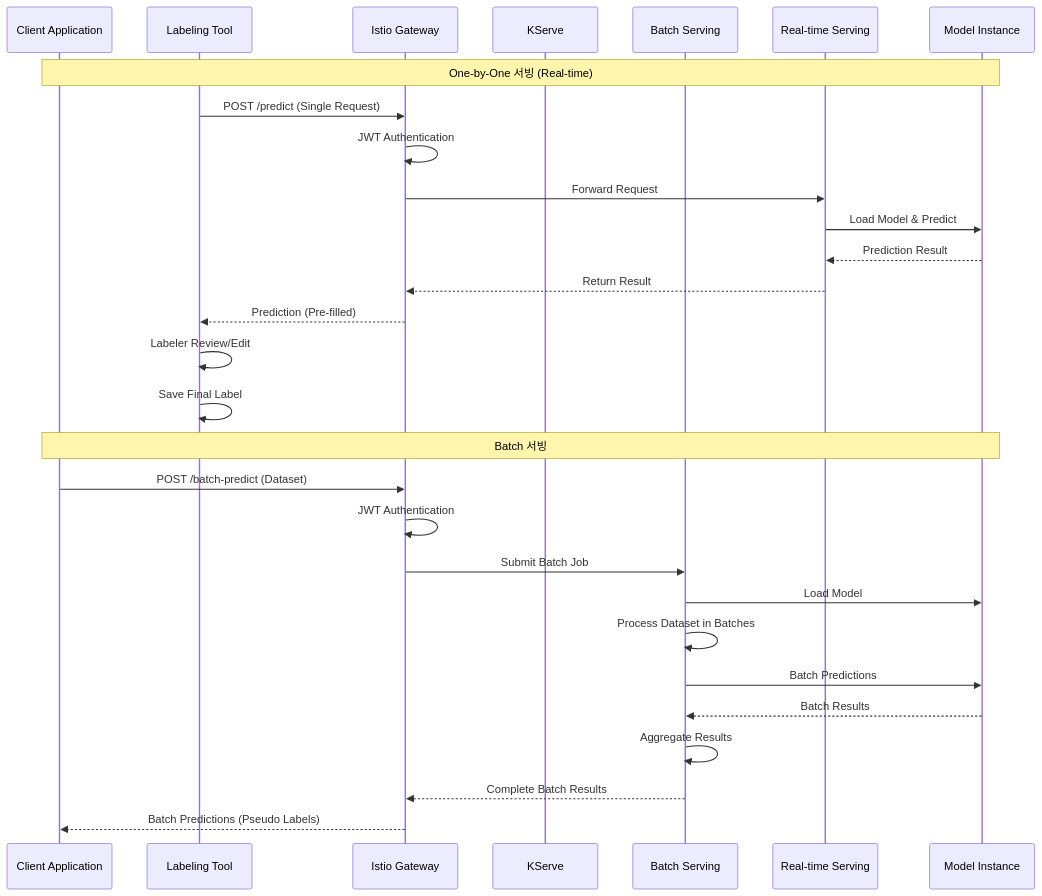
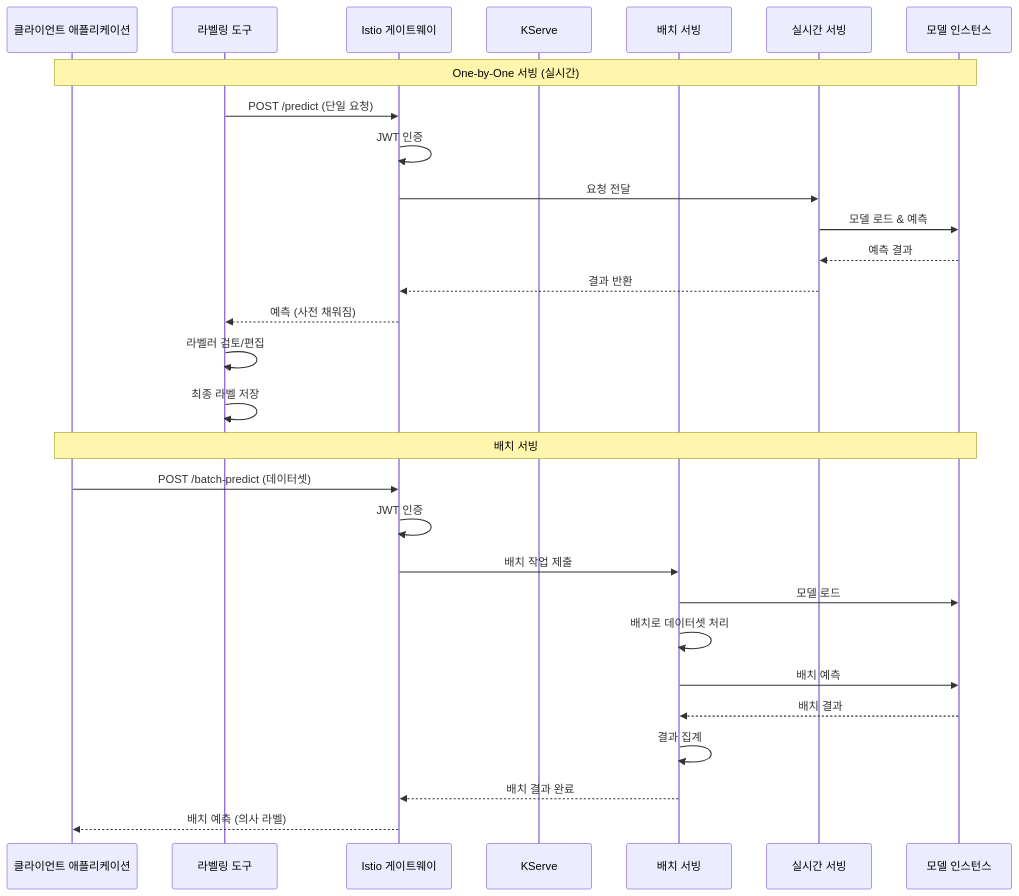
Before and after one commit to as950118/mlops-platform: the sixth of 6 diagrams in docs/MLOps-Platform-Design.md, drawn with Mermaid. The commit also changed other lines of this file, not shown here.

````diff
--- a/docs/MLOps-Platform-Design.md
+++ b/docs/MLOps-Platform-Design.md
@@ -420,33 +420,33 @@
 ```mermaid
 sequenceDiagram
-    participant Client as Client Application
-    participant LabelTool as Labeling Tool
-    participant Istio as Istio Gateway
+    participant Client as 클라이언트 애플리케이션
+    participant LabelTool as 라벨링 도구
+    participant Istio as Istio 게이트웨이
     participant KServe as KServe
-    participant Batch as Batch Serving
-    participant Realtime as Real-time Serving
-    participant Model as Model Instance
+    participant Batch as 배치 서빙
+    participant Realtime as 실시간 서빙
+    participant Model as 모델 인스턴스
 
-    Note over Client,Model: One-by-One 서빙 (Real-time)
-    LabelTool->>Istio: POST /predict (Single Request)
-    Istio->>Istio: JWT Authentication
-    Istio->>Realtime: Forward Request
-    Realtime->>Model: Load Model & Predict
-    Model-->>Realtime: Prediction Result
-    Realtime-->>Istio: Return Result
-    Istio-->>LabelTool: Prediction (Pre-filled)
-    LabelTool->>LabelTool: Labeler Review/Edit
-    LabelTool->>LabelTool: Save Final Label
+    Note over Client,Model: One-by-One 서빙 (실시간)
+    LabelTool->>Istio: POST /predict (단일 요청)
+    Istio->>Istio: JWT 인증
+    Istio->>Realtime: 요청 전달
+    Realtime->>Model: 모델 로드 & 예측
+    Model-->>Realtime: 예측 결과
+    Realtime-->>Istio: 결과 반환
+    Istio-->>LabelTool: 예측 (사전 채워짐)
+    LabelTool->>LabelTool: 라벨러 검토/편집
+    LabelTool->>LabelTool: 최종 라벨 저장
 
-    Note over Client,Model: Batch 서빙
-    Client->>Istio: POST /batch-predict (Dataset)
-    Istio->>Istio: JWT Authentication
-    Istio->>Batch: Submit Batch Job
-    Batch->>Model: Load Model
-    Batch->>Batch: Process Dataset in Batches
-    Batch->>Model: Batch Predictions
-    Model-->>Batch: Batch Results
-    Batch->>Batch: Aggregate Results
-    Batch-->>Istio: Complete Batch Results
-    Istio-->>Client: Batch Predictions (Pseudo Labels)
+    Note over Client,Model: 배치 서빙
+    Client->>Istio: POST /batch-predict (데이터셋)
+    Istio->>Istio: JWT 인증
+    Istio->>Batch: 배치 작업 제출
+    Batch->>Model: 모델 로드
+    Batch->>Batch: 배치로 데이터셋 처리
+    Batch->>Model: 배치 예측
+    Model-->>Batch: 배치 결과
+    Batch->>Batch: 결과 집계
+    Batch-->>Istio: 배치 결과 완료
+    Istio-->>Client: 배치 예측 (의사 라벨)
 ```
````
